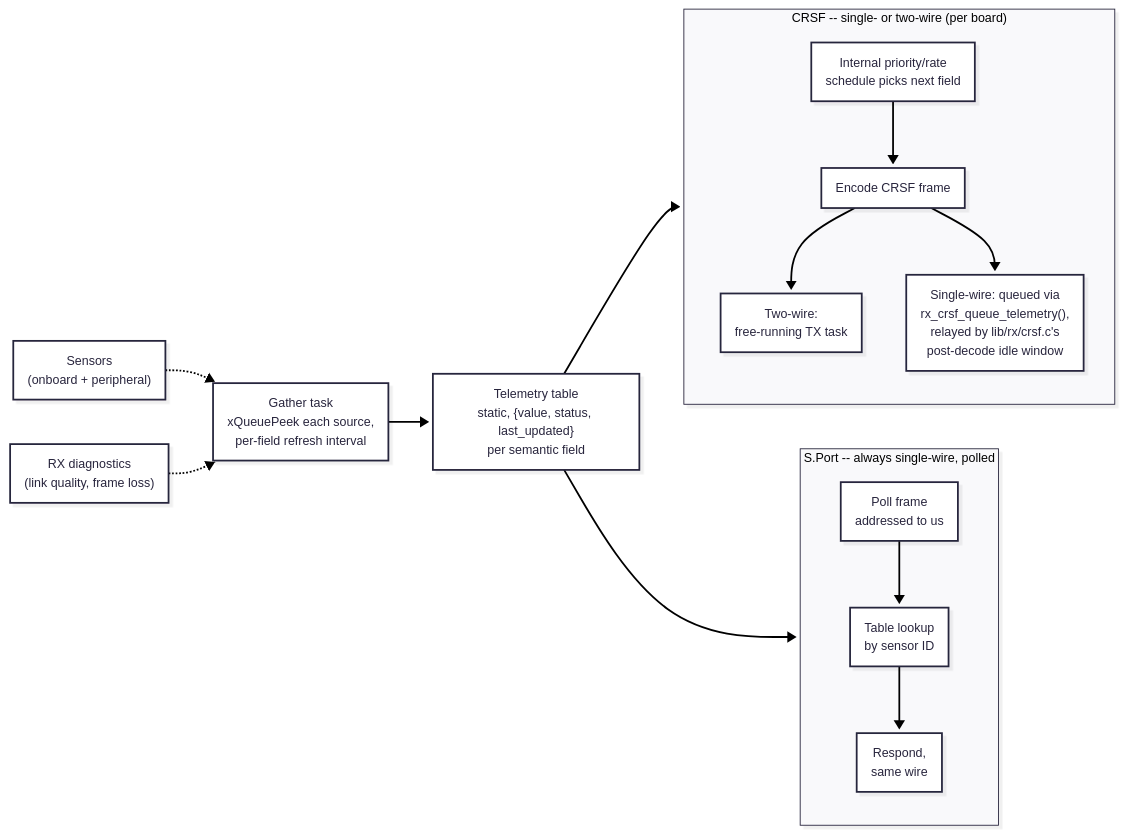
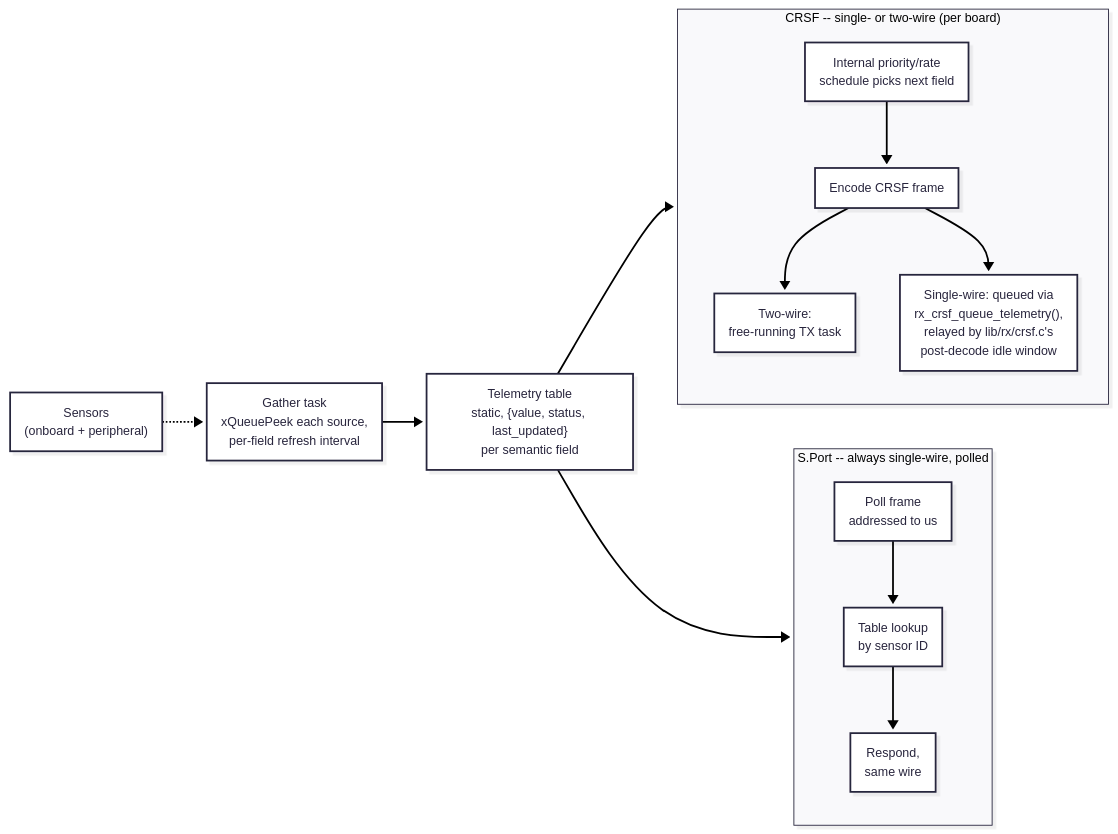
One commit to heimdall-suite/heimdall-helm changed the diagram in .docs/architecture/telemetry.md. Above: the diagram before and after it, drawn with Mermaid. The commit also changed other lines of this file and 1 other file, not shown here.

First line of the commit message:
Correct telemetry design: link quality is receiver-injected, not gathered

````diff
--- a/.docs/architecture/telemetry.md
+++ b/.docs/architecture/telemetry.md
@@ -12,26 +10,24 @@
 ```mermaid
 %%{init: {'theme': 'redux', 'look': 'neo'}}%%
 flowchart LR
     SENS["Sensors<br/>(onboard + peripheral)"]
-    RXD["RX diagnostics<br/>(link quality, frame loss)"]
     GATHER["Gather task<br/>xQueuePeek each source,<br/>per-field refresh interval"]
     TABLE["Telemetry table<br/>static, {value, status, last_updated}<br/>per semantic field"]
 
     subgraph SPORT["S.Port -- always single-wire, polled"]
         direction TB
         POLL["Poll frame<br/>addressed to us"] --> LOOKUP["Table lookup<br/>by sensor ID"] --> RESP["Respond,<br/>same wire"]
     end
 
     subgraph CRSF["CRSF -- single- or two-wire (per board)"]
         direction TB
         SCHEDULE["Internal priority/rate<br/>schedule picks next field"] --> ENCODE["Encode CRSF frame"]
         ENCODE --> FREE["Two-wire:<br/>free-running TX task"]
         ENCODE --> QUEUE["Single-wire: queued via<br/>rx_crsf_queue_telemetry(),<br/>relayed by lib/rx/crsf.c's<br/>post-decode idle window"]
     end
 
     SENS -.-> GATHER
-    RXD -.-> GATHER
     GATHER --> TABLE
     TABLE --> LOOKUP
     TABLE --> SCHEDULE
 ```
````
